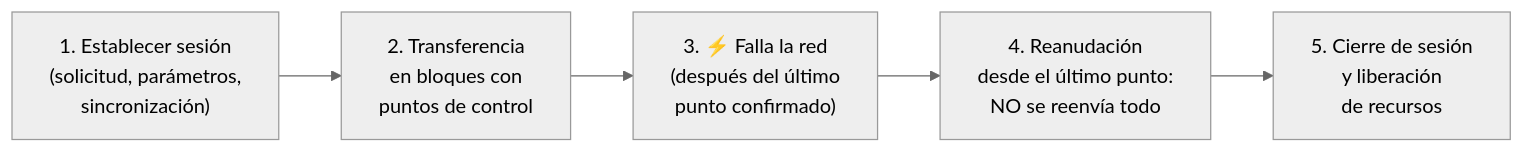
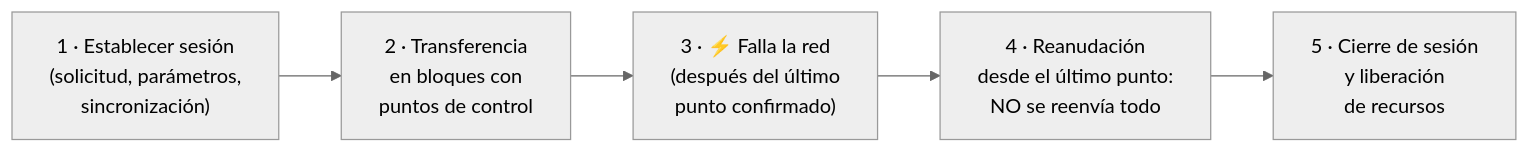
The second of 3 diagrams in Materias/Redes/Guías de estudio/12 - Capas 5, 6 y 7 - Sesión, Presentación y Aplicación.md (totogr/Tomas-Goncalves-Rei), drawn with Mermaid (neutral theme) before and after one commit. The commit also changed 34 other files, not shown here.

Commit message:
Arreglar graficos de las guias (CdD, GDSI y Redes): texto cortado, superpuesto o fuera del SVG, colores de texto que no se aplicaban, y diagramas mermaid con 'Unsupported markdown' o notas desbordadas

````diff
--- a/Materias/Redes/Guías de estudio/12 - Capas 5, 6 y 7 - Sesión, Presentación y Aplicación.md
+++ b/Materias/Redes/Guías de estudio/12 - Capas 5, 6 y 7 - Sesión, Presentación y Aplicación.md
@@ -81,7 +81,7 @@
 ```mermaid
 flowchart LR
-    A["1. Establecer sesión<br/>(solicitud, parámetros,<br/>sincronización)"] --> B["2. Transferencia<br/>en bloques con<br/>puntos de control"]
-    B --> C["3. ⚡ Falla la red<br/>(después del último<br/>punto confirmado)"]
-    C --> D["4. Reanudación<br/>desde el último punto:<br/>NO se reenvía todo"]
-    D --> E["5. Cierre de sesión<br/>y liberación<br/>de recursos"]
+    A["1 · Establecer sesión<br/>(solicitud, parámetros,<br/>sincronización)"] --> B["2 · Transferencia<br/>en bloques con<br/>puntos de control"]
+    B --> C["3 · ⚡ Falla la red<br/>(después del último<br/>punto confirmado)"]
+    C --> D["4 · Reanudación<br/>desde el último punto:<br/>NO se reenvía todo"]
+    D --> E["5 · Cierre de sesión<br/>y liberación<br/>de recursos"]
 ```
````
